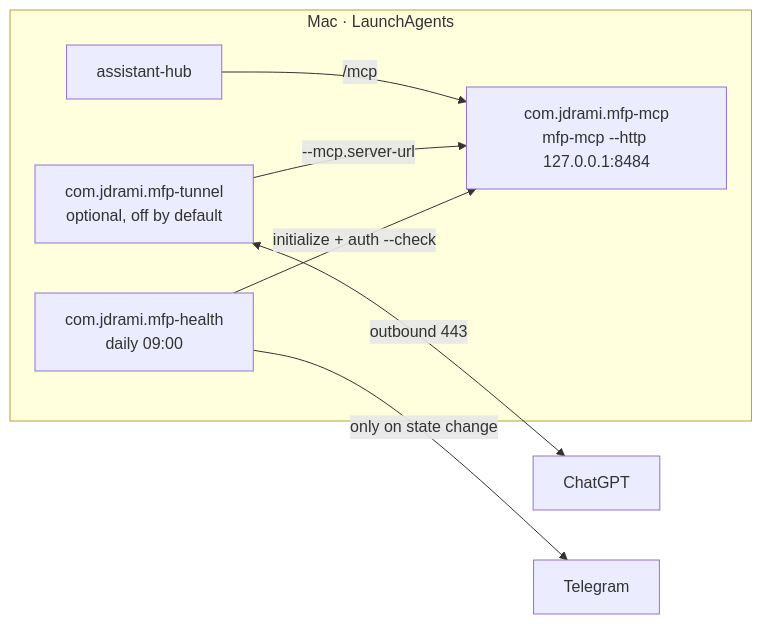
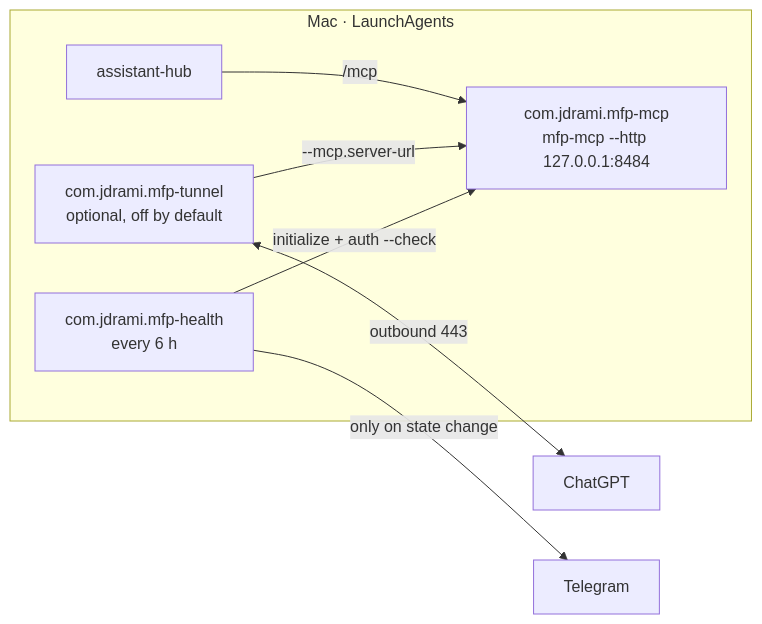
One commit to jdramirezl/mfp-weekly-sync changed the diagram in README.md. Above: the diagram before and after it, drawn with Mermaid. The commit also changed other lines of this file and 7 other files, not shown here.

First line of the commit message:
feat: Run the health check every 6 hours

````diff
--- a/README.md
+++ b/README.md
@@ -9,13 +9,13 @@
 ```mermaid
 flowchart LR
     subgraph Mac[Mac · LaunchAgents]
       M[com.jdrami.mfp-mcp<br/>mfp-mcp --http 127.0.0.1:8484]
       T[com.jdrami.mfp-tunnel<br/>optional, off by default]
-      H[com.jdrami.mfp-health<br/>daily 09:00]
+      H[com.jdrami.mfp-health<br/>every 6 h]
       Hub[assistant-hub] -->|/mcp| M
       T -->|--mcp.server-url| M
       H -->|initialize + auth --check| M
     end
     T <-->|outbound 443| ChatGPT
     H -->|only on state change| Telegram
 ```
````
